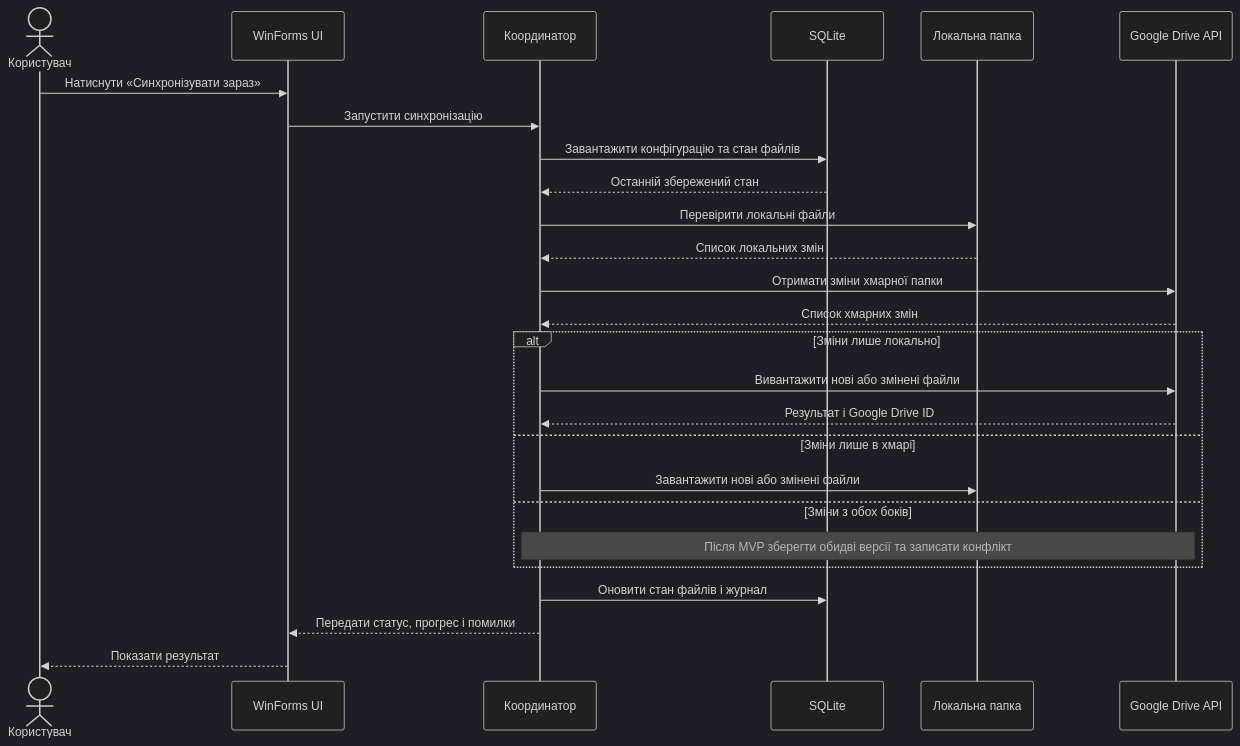
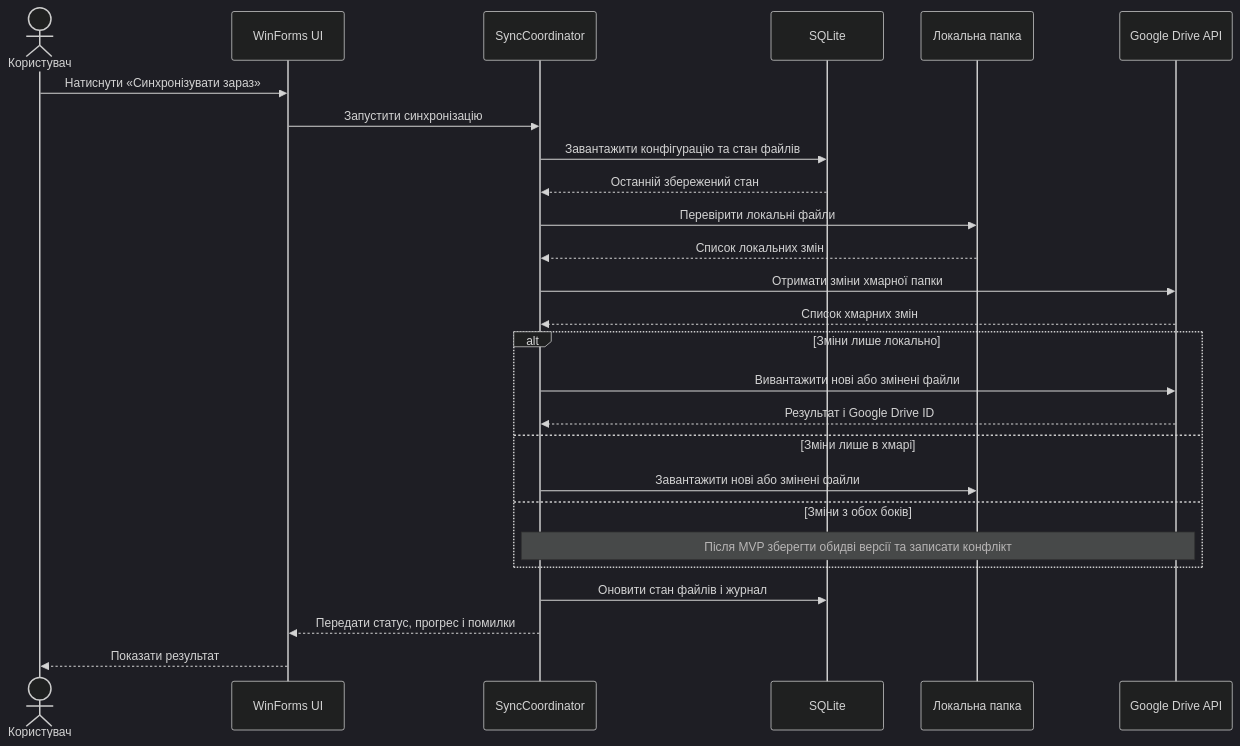
The third of 4 diagrams in docs/design/diagrams.md (ivaniuk07/MyCloudSync), drawn with Mermaid (dark theme) before and after one commit. The commit also changed other lines of this file and 14 other files, not shown here.

````diff
--- a/docs/design/diagrams.md
+++ b/docs/design/diagrams.md
@@ -48,28 +46,28 @@
 ```mermaid
 sequenceDiagram
     actor User as Користувач
     participant UI as WinForms UI
-    participant Core as Координатор
+    participant Core as SyncCoordinator
     participant DB as SQLite
     participant Local as Локальна папка
     participant Drive as Google Drive API
     User->>UI: Натиснути «Синхронізувати зараз»
     UI->>Core: Запустити синхронізацію
     Core->>DB: Завантажити конфігурацію та стан файлів
     DB-->>Core: Останній збережений стан
     Core->>Local: Перевірити локальні файли
     Local-->>Core: Список локальних змін
     Core->>Drive: Отримати зміни хмарної папки
     Drive-->>Core: Список хмарних змін
     alt Зміни лише локально
         Core->>Drive: Вивантажити нові або змінені файли
         Drive-->>Core: Результат і Google Drive ID
     else Зміни лише в хмарі
         Core->>Local: Завантажити нові або змінені файли
     else Зміни з обох боків
         Note over Core,Drive: Після MVP зберегти обидві версії та записати конфлікт
     end
     Core->>DB: Оновити стан файлів і журнал
     Core-->>UI: Передати статус, прогрес і помилки
     UI-->>User: Показати результат
 ```
````
